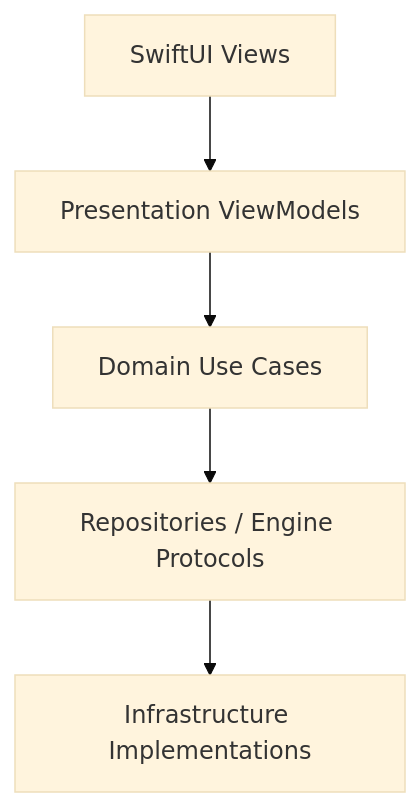
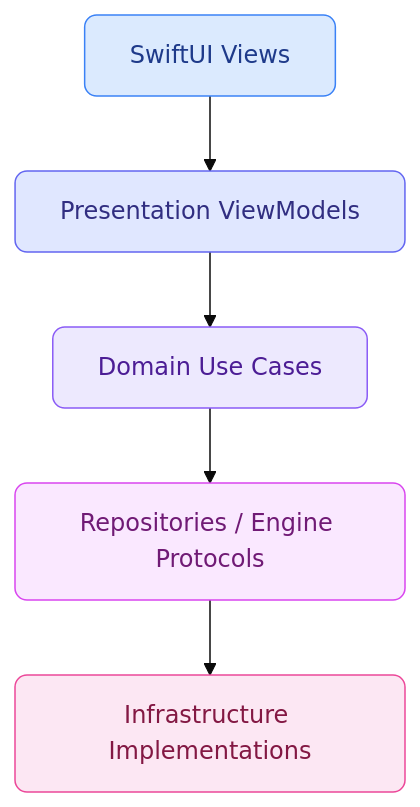
One commit to mariomarton/swift-ai-reference-app changed the diagram in README.md. Above: the diagram before and after it, drawn with Mermaid (base theme). The commit also changed other lines of this file, not shown here.

````diff
--- a/README.md
+++ b/README.md
@@ -23,7 +24,19 @@
 ```mermaid
 flowchart TD
-  UI[SwiftUI Views] --> VM[Presentation ViewModels]
-  VM --> UC[Domain Use Cases]
-  UC --> REPO[Repositories / Engine Protocols]
-  REPO --> INFRA[Infrastructure Implementations]
+    UI[SwiftUI Views] --> VM[Presentation ViewModels]
+    VM --> UC[Domain Use Cases]
+    UC --> REPO[Repositories / Engine Protocols]
+    REPO --> INFRA[Infrastructure Implementations]
+
+    classDef ui fill:#dbeafe,stroke:#3b82f6,stroke-width:1px,color:#1e3a8a,rx:8,ry:8
+    classDef vm fill:#e0e7ff,stroke:#6366f1,stroke-width:1px,color:#312e81,rx:8,ry:8
+    classDef uc fill:#ede9fe,stroke:#8b5cf6,stroke-width:1px,color:#4c1d95,rx:8,ry:8
+    classDef repo fill:#fae8ff,stroke:#d946ef,stroke-width:1px,color:#701a75,rx:8,ry:8
+    classDef infra fill:#fce7f3,stroke:#ec4899,stroke-width:1px,color:#831843,rx:8,ry:8
+
+    class UI ui
+    class VM vm
+    class UC uc
+    class REPO repo
+    class INFRA infra
 ```
````
